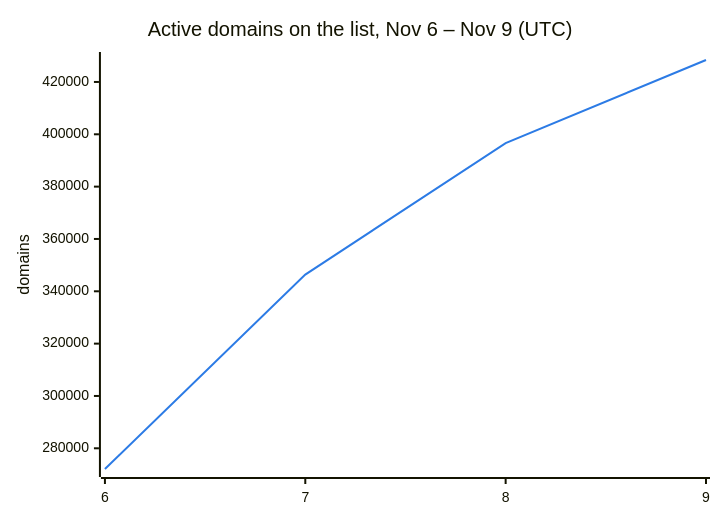
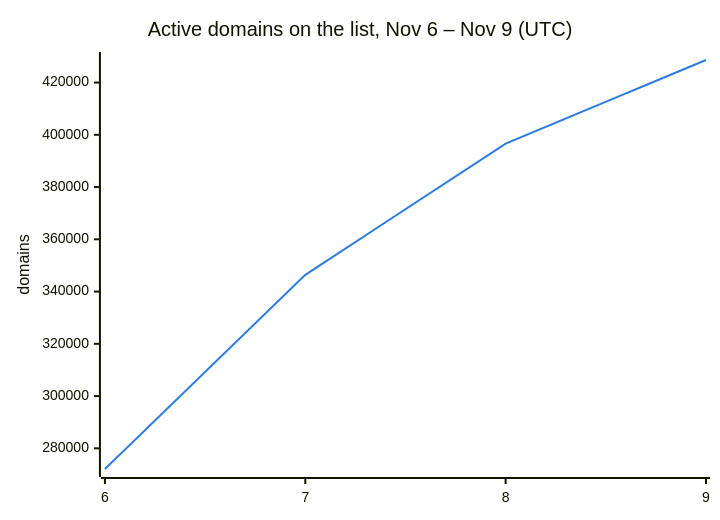
One commit to DNSBunker/CTI changed the second of 3 diagrams in README.md. Above: the diagram before and after it, drawn with Mermaid. The commit also changed other lines of this file and 3 other files, not shown here.

````diff
--- a/README.md
+++ b/README.md
@@ -38,8 +38,8 @@
 ```mermaid
 %%{init: {"themeVariables": {"xyChart": {"plotColorPalette": "#2c7be5"}}}}%%
 xychart-beta
     title "Active domains on the list, Nov 6 – Nov 9 (UTC)"
     x-axis ["6", "7", "8", "9"]
     y-axis "domains"
-    line [272088, 346388, 396638, 428391]
+    line [272088, 346388, 396638, 428631]
 ```
````
